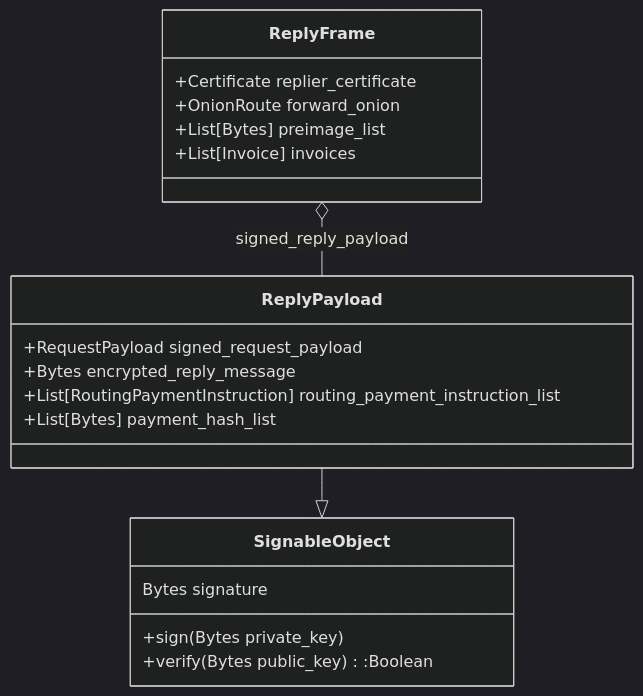
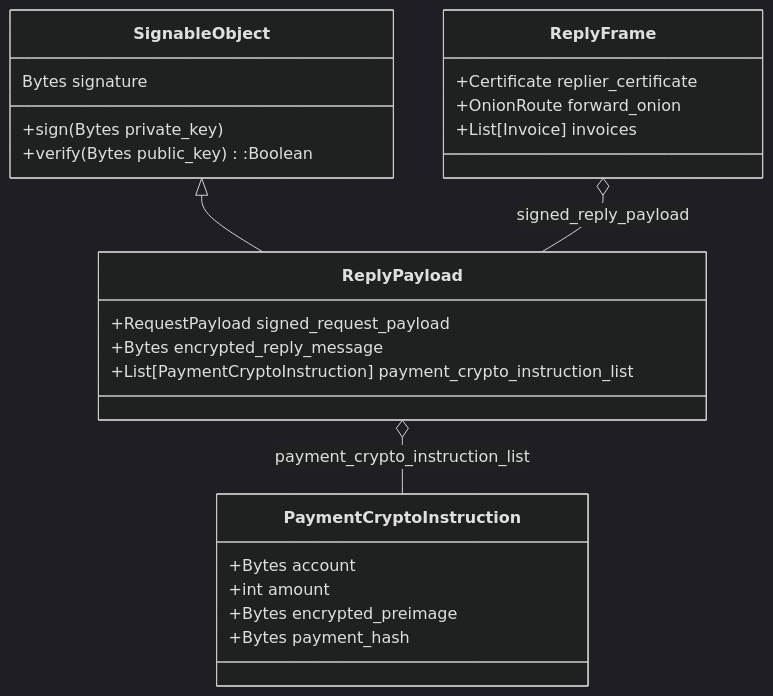
Before and after one commit to DontTrustVerifyOrg/gig-gossip: the ninth of 9 diagrams in whitepaper/protocol.md, drawn with Mermaid (dark theme). The commit also changed other lines of this file and 1 other file, not shown here.

````diff
--- a/whitepaper/protocol.md
+++ b/whitepaper/protocol.md
@@ -257,22 +273,27 @@
 ```mermaid
 classDiagram
+    class PaymentCryptoInstruction{
+        +Bytes account 
+        +int amount 
+        +Bytes encrypted_preimage
+        +Bytes payment_hash 
+    }
     class SignableObject{
         Bytes signature
         +sign(Bytes private_key)
         +verify(Bytes public_key):Boolean
     }
     class ReplyPayload{
         +RequestPayload signed_request_payload
         +Bytes encrypted_reply_message
-        +List[RoutingPaymentInstruction] routing_payment_instruction_list
-        +List[Bytes] payment_hash_list
+        +List[PaymentCryptoInstruction] payment_crypto_instruction_list
     }
     class ReplyFrame{
         +Certificate replier_certificate
         +OnionRoute forward_onion
-        +List[Bytes] preimage_list
         +List[Invoice] invoices
     }
-    ReplyPayload --|> SignableObject
+    SignableObject <|-- ReplyPayload
     ReplyFrame  o--  ReplyPayload : signed_reply_payload
+    ReplyPayload  o--  PaymentCryptoInstruction : payment_crypto_instruction_list
 ```
````
